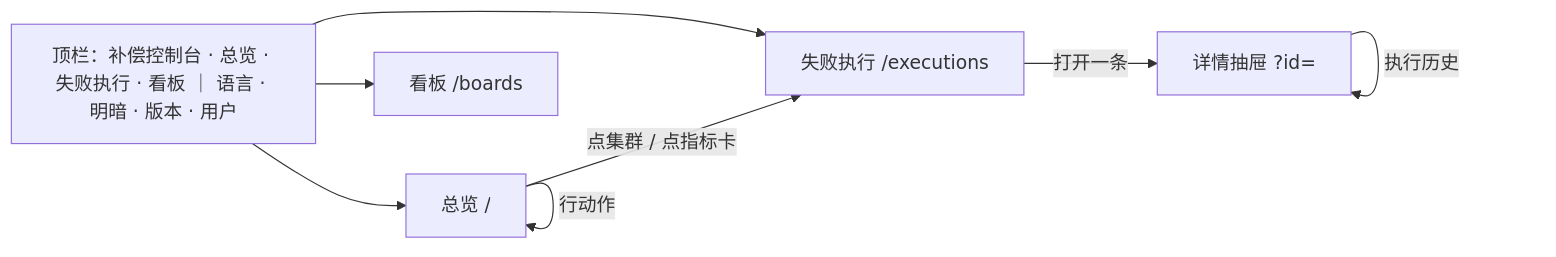
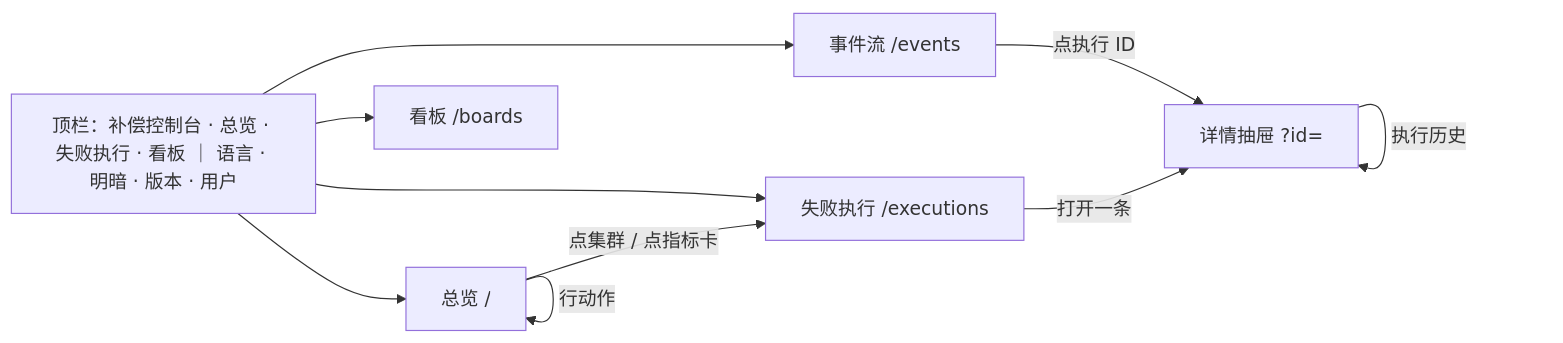
The diagram in compensation/dashboard/docs/design/console-redesign.md (Ahoo-Wang/Wow), drawn with Mermaid before and after one commit. The commit also changed other lines of this file, not shown here.

````diff
--- a/compensation/dashboard/docs/design/console-redesign.md
+++ b/compensation/dashboard/docs/design/console-redesign.md
@@ -55,11 +55,13 @@
 ```mermaid
 flowchart LR
   Top[顶栏：补偿控制台 · 总览 · 失败执行 · 看板 ｜ 语言 · 明暗 · 版本 · 用户]
   Top --> O[总览 /]
   Top --> E[失败执行 /executions]
+  Top --> S[事件流 /events]
   Top --> B[看板 /boards]
+  S -- 点执行 ID --> D
   O -- 点集群 / 点指标卡 --> E
   O -- 行动作 --> O
   E -- 打开一条 --> D[详情抽屉 ?id=]
   D -- 执行历史 --> D
 ```
````
